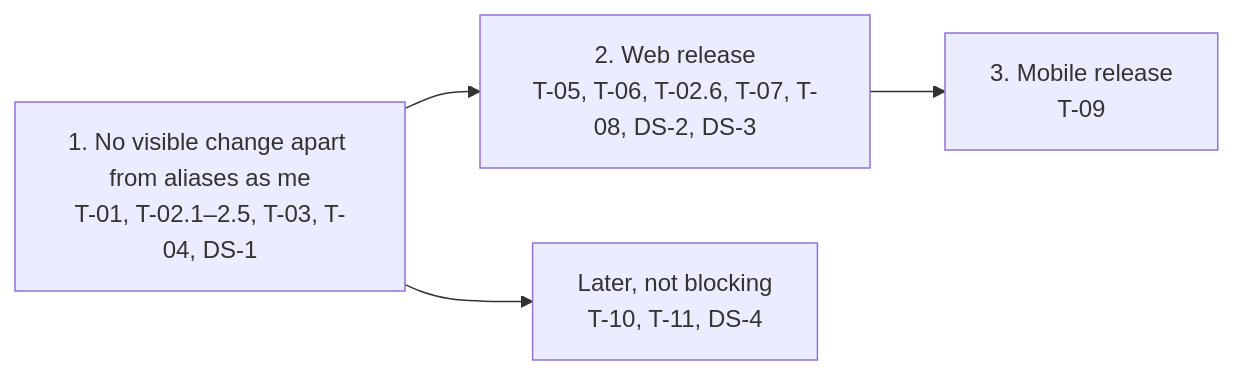
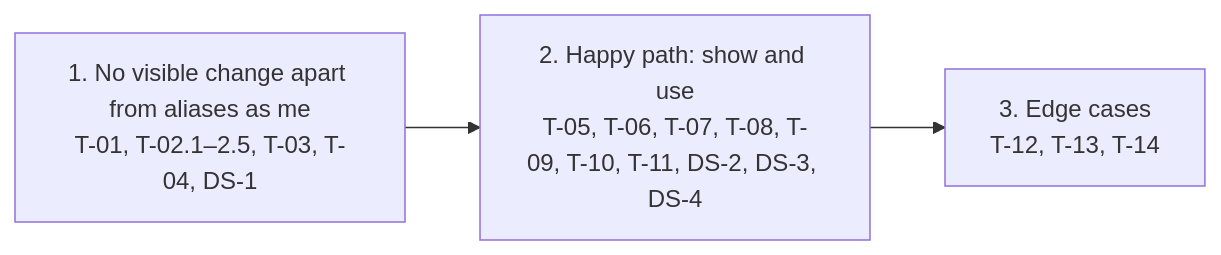
Before and after one commit to linagora/tmail-flutter: the diagram in docs/adr/0114-delegated-mailbox-access.md, drawn with Mermaid. The commit also changed other lines of this file, not shown here.

Commit message:
TF-5022 T-06 Renumber ADR-0114 tickets for happy path first

````diff
--- a/docs/adr/0114-delegated-mailbox-access.md
+++ b/docs/adr/0114-delegated-mailbox-access.md
@@ -157,5 +159,4 @@
 ```mermaid
 flowchart LR
-  S1["1. No visible change apart from aliases as me<br/>T-01, T-02.1–2.5, T-03, T-04, DS-1"] --> S2["2. Web release<br/>T-05, T-06, T-02.6, T-07, T-08, DS-2, DS-3"] --> S3["3. Mobile release<br/>T-09"]
-  S1 --> S4["Later, not blocking<br/>T-10, T-11, DS-4"]
+  S1["1. No visible change apart from aliases as me<br/>T-01, T-02.1–2.5, T-03, T-04, DS-1"] --> S2["2. Happy path: show and use<br/>T-05, T-06, T-07, T-08, T-09, T-10, T-11, DS-2, DS-3, DS-4"] --> S3["3. Edge cases<br/>T-12, T-13, T-14"]
 ```
````
